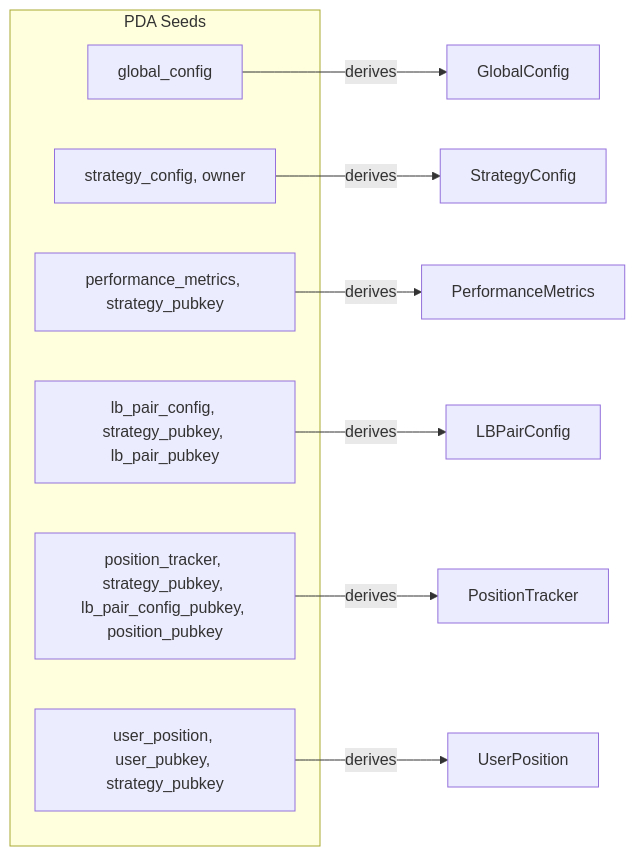
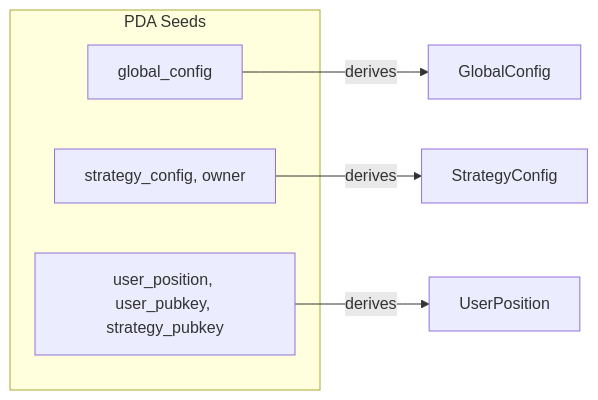
One commit to zenith-trade/maiker-contracts changed the second of 8 diagrams in docs/DIAGRAMS.md. Above: the diagram before and after it, drawn with Mermaid. The commit also changed other lines of this file and 26 other files, not shown here.

````diff
--- a/docs/DIAGRAMS.md
+++ b/docs/DIAGRAMS.md
@@ -45,17 +35,11 @@
 ```mermaid
 graph LR
 subgraph "PDA Seeds"
 GlobalConfigSeed["global_config"]
 StrategyConfigSeed["strategy_config", owner]
-PerformanceMetricsSeed["performance_metrics", strategy_pubkey]
-LBPairConfigSeed["lb_pair_config", strategy_pubkey, lb_pair_pubkey]
-PositionTrackerSeed["position_tracker", strategy_pubkey, lb_pair_config_pubkey, position_pubkey]
 UserPositionSeed["user_position", user_pubkey, strategy_pubkey]
 end
 GlobalConfigSeed -->|derives| GlobalConfig
 StrategyConfigSeed -->|derives| StrategyConfig
-PerformanceMetricsSeed -->|derives| PerformanceMetrics
-LBPairConfigSeed -->|derives| LBPairConfig
-PositionTrackerSeed -->|derives| PositionTracker
 UserPositionSeed -->|derives| UserPosition
 ```
````
